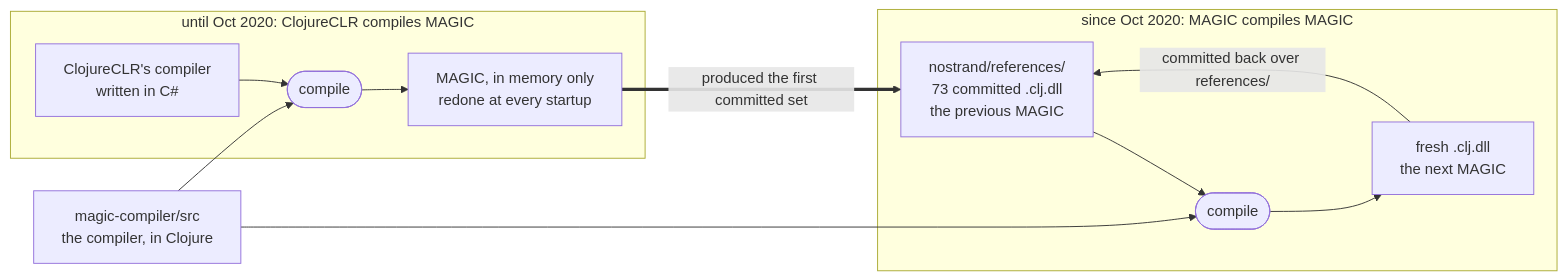
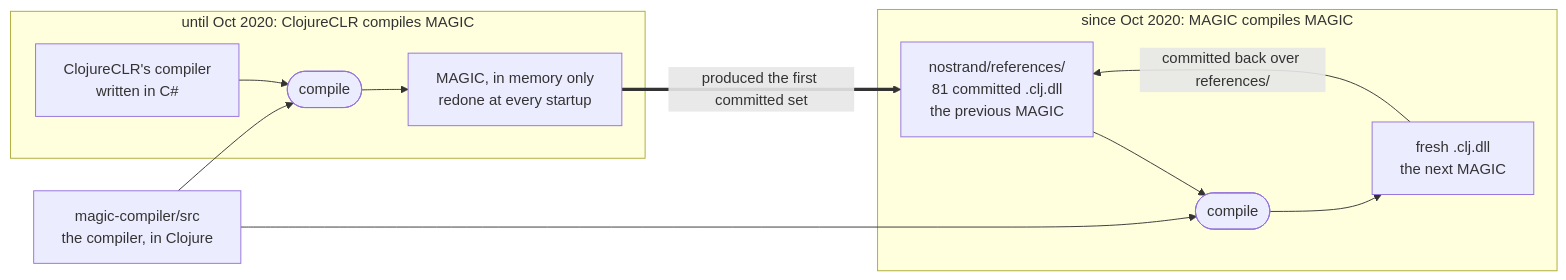
Before and after one commit to flybot-sg/magic: the first of 6 diagrams in docs/bootstrap.md, drawn with Mermaid. The commit also changed other lines of this file and 21 other files, not shown here.

First line of the commit message:
perf(nostrand): ship nostrand's own namespaces as committed DLLs (#183)

````diff
--- a/docs/bootstrap.md
+++ b/docs/bootstrap.md
@@ -16,23 +16,23 @@
 ```mermaid
 flowchart LR
     src["magic-compiler/src<br/>the compiler, in Clojure"]
 
     subgraph era1["until Oct 2020: ClojureCLR compiles MAGIC"]
         clr["ClojureCLR's compiler<br/>written in C#35;"]
         c1(["compile"])
         mem["MAGIC, in memory only<br/>redone at every startup"]
         clr --> c1 --> mem
     end
 
     subgraph era2["since Oct 2020: MAGIC compiles MAGIC"]
-        refs["nostrand/references/<br/>73 committed .clj.dll<br/>the previous MAGIC"]
+        refs["nostrand/references/<br/>81 committed .clj.dll<br/>the previous MAGIC"]
         c2(["compile"])
         out["fresh .clj.dll<br/>the next MAGIC"]
         refs --> c2 --> out
         out -->|"committed back over references/"| refs
     end
 
     src --> c1
     src --> c2
     mem ==>|"produced the first committed set"| refs
 ```
````
